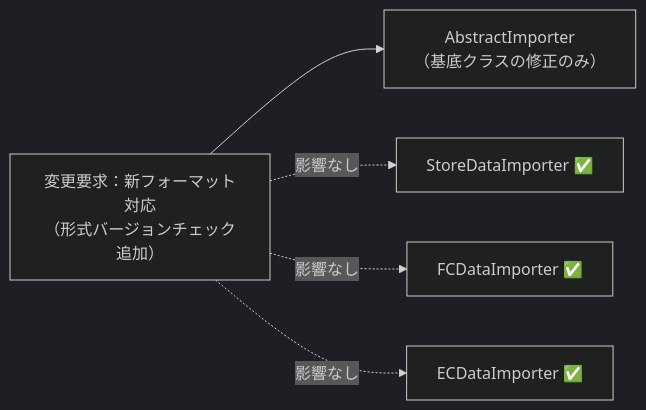
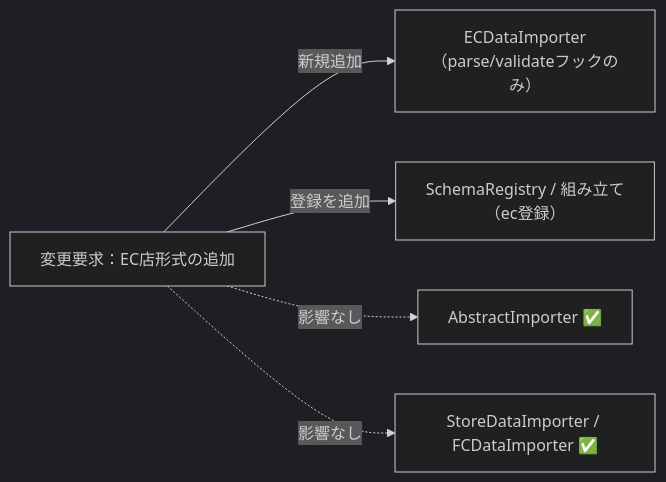
Before and after one commit to kumachan1101-pixel/DesignPattern: the ninth of 13 diagrams in kindle/design-patterns/output/chapter04.md, drawn with Mermaid (dark theme). The commit also changed other lines of this file and 1 other file, not shown here.

````diff
--- a/kindle/design-patterns/output/chapter04.md
+++ b/kindle/design-patterns/output/chapter04.md
@@ -1712,10 +1727,8 @@
 ```mermaid
 graph LR
-    T1["変更要求：新フォーマット対応<br>（形式バージョンチェック追加）"]
-    F1["AbstractImporter<br>（基底クラスの修正のみ）"]
-    T1 --> F1
-    T1 -. "影響なし" .-> A["StoreDataImporter ✅"]
-    T1 -. "影響なし" .-> B["FCDataImporter ✅"]
-    T1 -. "影響なし" .-> C["ECDataImporter ✅"]
-
+    T1["変更要求：EC店形式の追加"]
+        -->|新規追加| F1["ECDataImporter<br>（parse/validateフックのみ）"]
+    T1 -->|登録を追加| F2["SchemaRegistry / 組み立て<br>（ec登録）"]
+    T1 -. "影響なし" .-> A["AbstractImporter ✅"]
+    T1 -. "影響なし" .-> B["StoreDataImporter / FCDataImporter ✅"]
 ```
````
